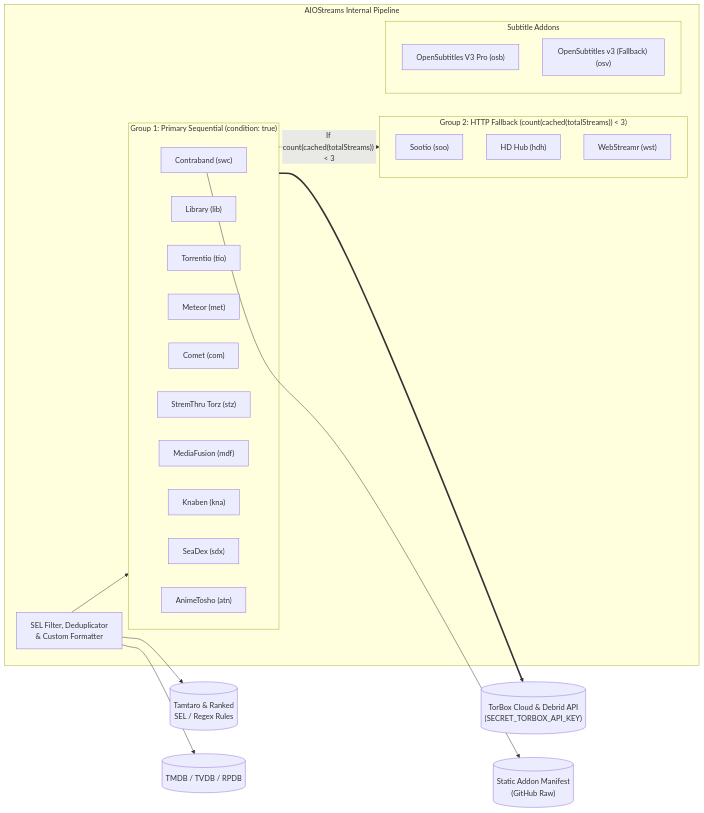
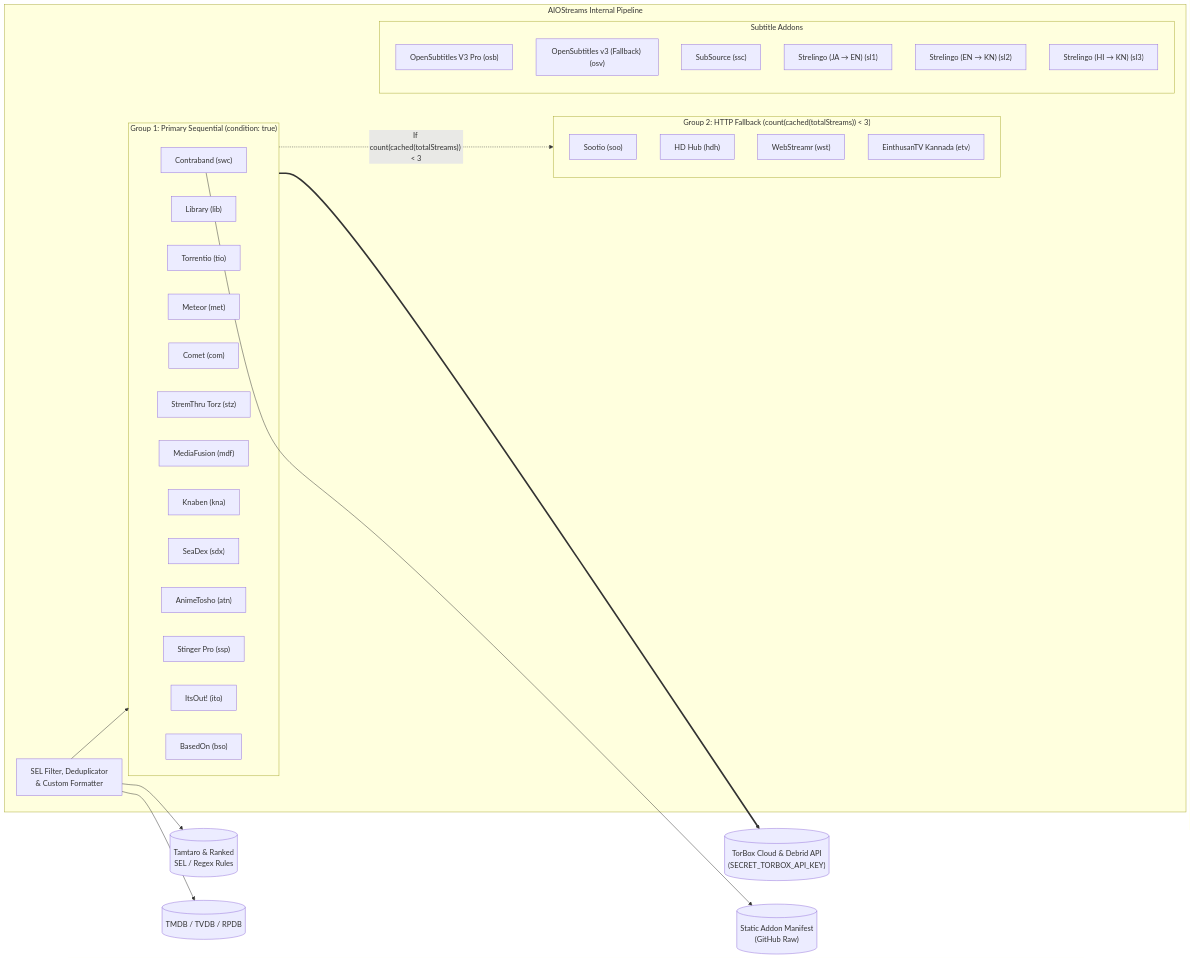
Before and after one commit to Darshan-AS/stream-weaver: the second of 3 diagrams in ARCHITECTURE.md, drawn with Mermaid. The commit also changed other lines of this file and 11 other files, not shown here.

Commit message:
feat(aiostreams,nuvio): Add Kannada fallback, bottom info cards, SubSource & Strelingo dual subtitles, and release alerts

````diff
--- a/ARCHITECTURE.md
+++ b/ARCHITECTURE.md
@@ -74,38 +74,46 @@
 ```mermaid
 flowchart LR
     subgraph AIOStreams["AIOStreams Internal Pipeline"]
         SEL["SEL Filter, Deduplicator\n& Custom Formatter"]
         subgraph G1["Group 1: Primary Sequential (condition: true)"]
             P_swc["Contraband (swc)"]
             P_lib["Library (lib)"]
             P_tio["Torrentio (tio)"]
             P_met["Meteor (met)"]
             P_com["Comet (com)"]
             P_stz["StremThru Torz (stz)"]
             P_mdf["MediaFusion (mdf)"]
             P_kna["Knaben (kna)"]
             P_sdx["SeaDex (sdx)"]
             P_atn["AnimeTosho (atn)"]
+            P_ssp["Stinger Pro (ssp)"]
+            P_ito["ItsOut! (ito)"]
+            P_bso["BasedOn (bso)"]
         end
         subgraph G2["Group 2: HTTP Fallback (count(cached(totalStreams)) < 3)"]
             P_soo["Sootio (soo)"]
             P_hdh["HD Hub (hdh)"]
             P_wst["WebStreamr (wst)"]
+            P_etv["EinthusanTV Kannada (etv)"]
         end
         subgraph Subs["Subtitle Addons"]
             P_osb["OpenSubtitles V3 Pro (osb)"]
             P_osv["OpenSubtitles v3 (Fallback) (osv)"]
+            P_ssc["SubSource (ssc)"]
+            P_sl1["Strelingo (JA → EN) (sl1)"]
+            P_sl2["Strelingo (EN → KN) (sl2)"]
+            P_sl3["Strelingo (HI → KN) (sl3)"]
         end
     end
 
     DEB_EXT[("TorBox Cloud & Debrid API\n(SECRET_TORBOX_API_KEY)")]
     CB_EXT[("Static Addon Manifest\n(GitHub Raw)")]
     RULES_EXT[("Tamtaro & Ranked\nSEL / Regex Rules")]
     META_EXT[("TMDB / TVDB / RPDB")]
 
     SEL --> G1
     G1 -. "If count(cached(totalStreams)) < 3" .-> G2
     G1 ==> DEB_EXT
     P_swc --> CB_EXT
     SEL --> RULES_EXT & META_EXT
 ```
````
